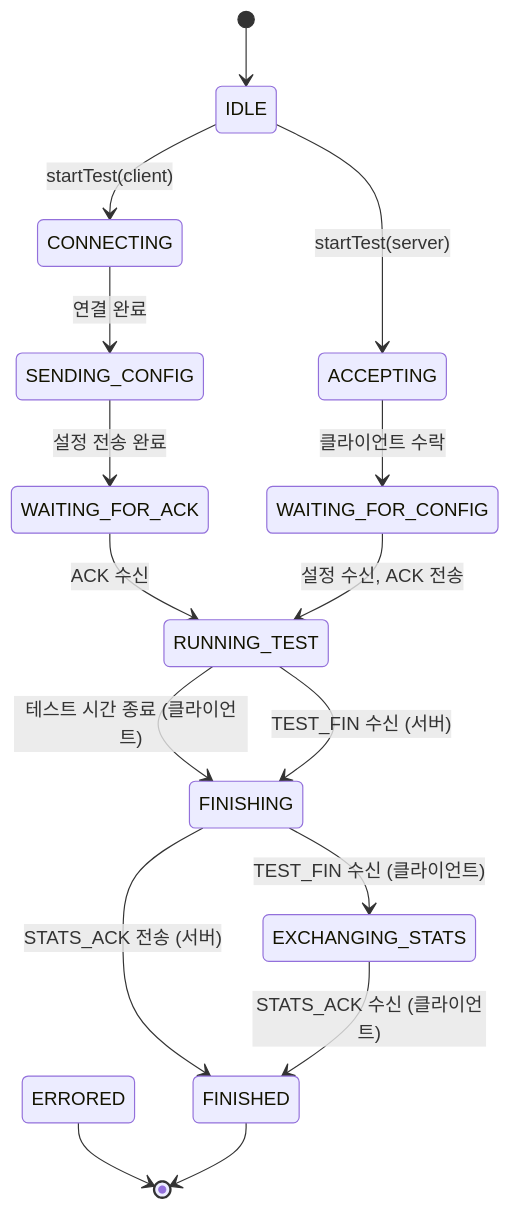
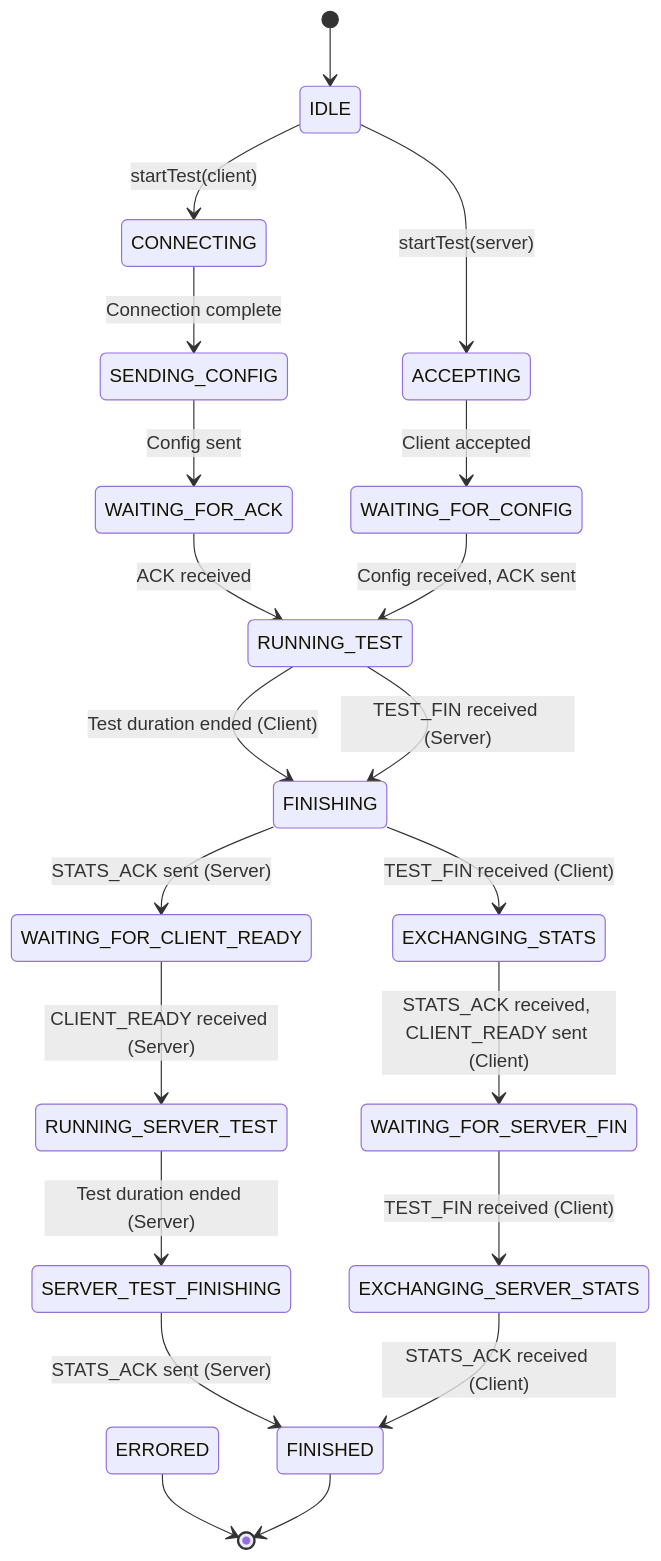
One commit to JunKIM2603a/MyIperf changed the diagram in README.md. Above: the diagram before and after it, drawn with Mermaid. The commit also changed other lines of this file and 19 other files, not shown here.

````diff
--- a/README.md
+++ b/README.md
@@ -58,25 +97,33 @@
 ```mermaid
 stateDiagram-v2
     [*] --> IDLE
 
     IDLE --> CONNECTING: startTest(client)
     IDLE --> ACCEPTING: startTest(server)
 
-    CONNECTING --> SENDING_CONFIG: 연결 완료
-    SENDING_CONFIG --> WAITING_FOR_ACK: 설정 전송 완료
-    WAITING_FOR_ACK --> RUNNING_TEST: ACK 수신
+    CONNECTING --> SENDING_CONFIG: Connection complete
+    SENDING_CONFIG --> WAITING_FOR_ACK: Config sent
+    WAITING_FOR_ACK --> RUNNING_TEST: ACK received
 
-    ACCEPTING --> WAITING_FOR_CONFIG: 클라이언트 수락
-    WAITING_FOR_CONFIG --> RUNNING_TEST: 설정 수신, ACK 전송
+    ACCEPTING --> WAITING_FOR_CONFIG: Client accepted
+    WAITING_FOR_CONFIG --> RUNNING_TEST: Config received, ACK sent
 
-    RUNNING_TEST --> FINISHING: 테스트 시간 종료 (클라이언트)
-    RUNNING_TEST --> FINISHING: TEST_FIN 수신 (서버)
+    RUNNING_TEST --> FINISHING: Test duration ended (Client)
+    RUNNING_TEST --> FINISHING: TEST_FIN received (Server)
 
-    FINISHING --> EXCHANGING_STATS: TEST_FIN 수신 (클라이언트)
-    FINISHING --> FINISHED: STATS_ACK 전송 (서버)
+    FINISHING --> EXCHANGING_STATS: TEST_FIN received (Client)
+    FINISHING --> WAITING_FOR_CLIENT_READY: STATS_ACK sent (Server)
 
-    EXCHANGING_STATS --> FINISHED: STATS_ACK 수신 (클라이언트)
+    EXCHANGING_STATS --> WAITING_FOR_SERVER_FIN: STATS_ACK received, CLIENT_READY sent (Client)
+
+    WAITING_FOR_CLIENT_READY --> RUNNING_SERVER_TEST: CLIENT_READY received (Server)
+    RUNNING_SERVER_TEST --> SERVER_TEST_FINISHING: Test duration ended (Server)
+    
+    WAITING_FOR_SERVER_FIN --> EXCHANGING_SERVER_STATS: TEST_FIN received (Client)
+    SERVER_TEST_FINISHING --> FINISHED: STATS_ACK sent (Server)
+
+    EXCHANGING_SERVER_STATS --> FINISHED: STATS_ACK received (Client)
 
     ERRORED --> [*]
     FINISHED --> [*]
 ```
````
